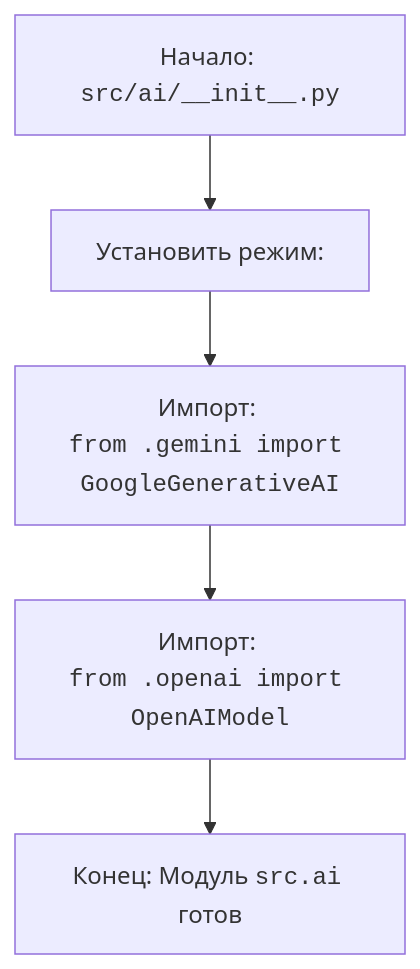
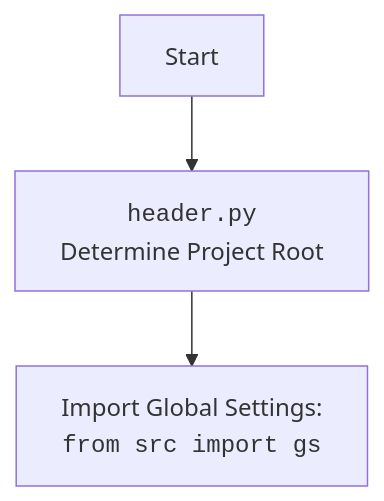
Before and after one commit to hypo69/hypo: the second of 2 diagrams in docs/gemini/ru/explainer/src/ai/__init__.py.md, drawn with Mermaid. The commit also changed other lines of this file and 1505 other files, not shown here.

````diff
--- a/docs/gemini/ru/explainer/src/ai/__init__.py.md
+++ b/docs/gemini/ru/explainer/src/ai/__init__.py.md
@@ -15,7 +62,6 @@
 ```mermaid
 flowchart TD
-    Start[Начало: <code>src/ai/__init__.py</code>] --> SetMode[Установить режим: <br> <code></code>];
-    SetMode --> ImportGemini[Импорт: <br> <code>from .gemini import GoogleGenerativeAI</code>];
-    ImportGemini --> ImportOpenAI[Импорт: <br> <code>from .openai import OpenAIModel</code>];
-    ImportOpenAI --> End[Конец: Модуль <code>src.ai</code> готов];
+    Start --> Header[<code>header.py</code><br> Determine Project Root]
+
+    Header --> import[Import Global Settings: <br><code>from src import gs</code>]
 ```
````
